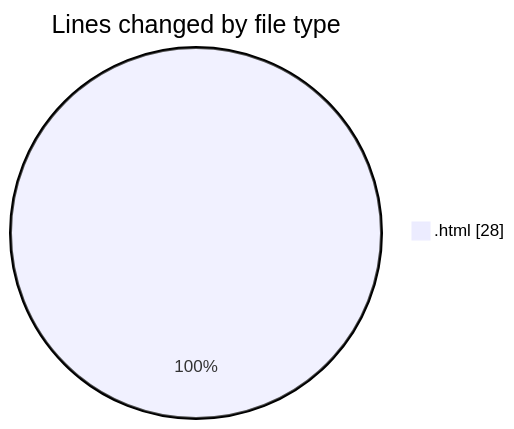
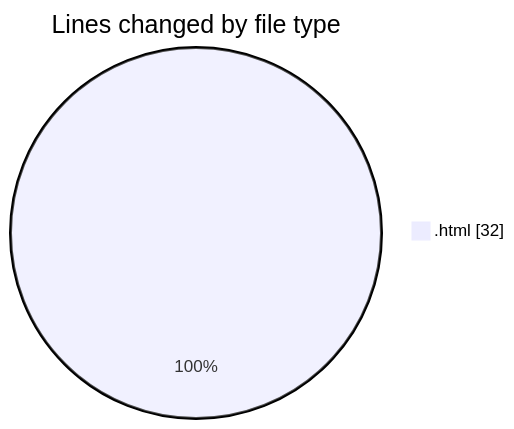
Before and after one commit to nxtqubesakshisongat/code-tracking: the first of 2 diagrams in 2025-10-25/javacript/README.md, drawn with Mermaid. The commit also changed other lines of this file and 1 other file, not shown here.

````diff
--- a/2025-10-25/javacript/README.md
+++ b/2025-10-25/javacript/README.md
@@ -20,5 +20,5 @@
 ```mermaid
 pie showData
 title Lines changed by file type
-".html" : 28
+".html" : 32
 ```
````
